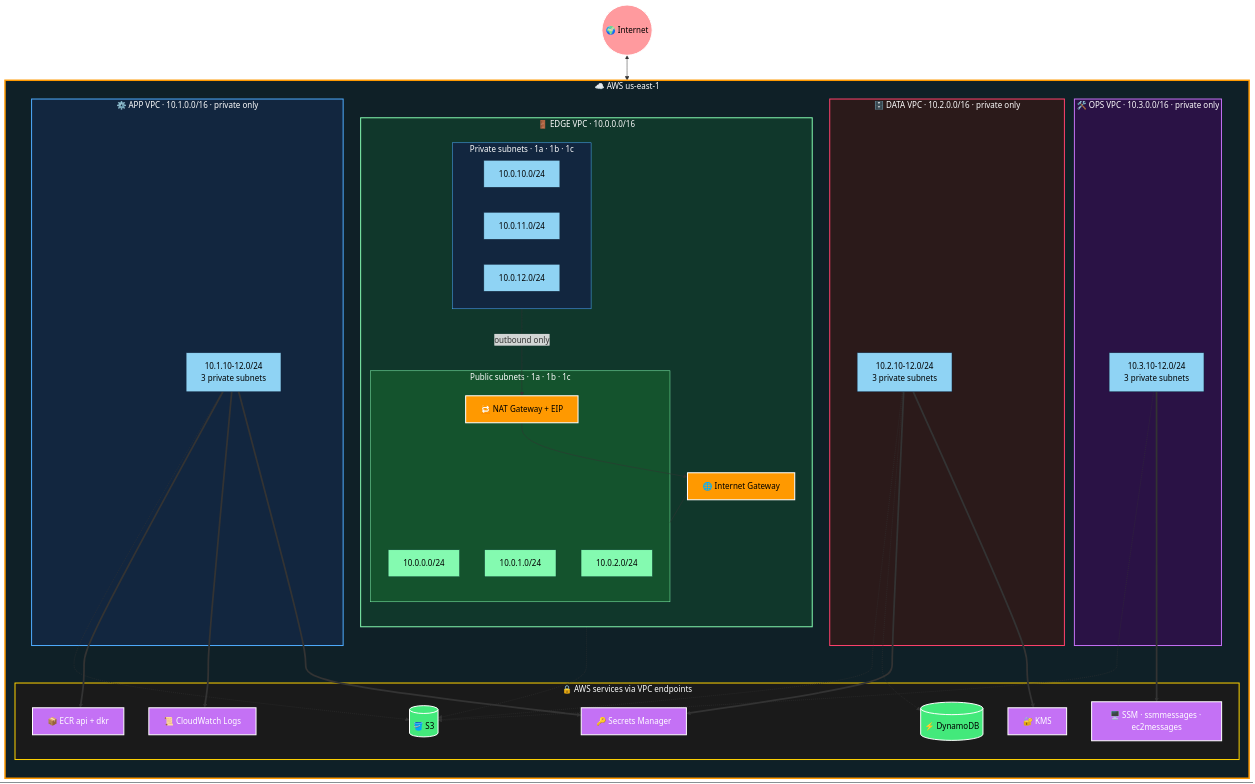
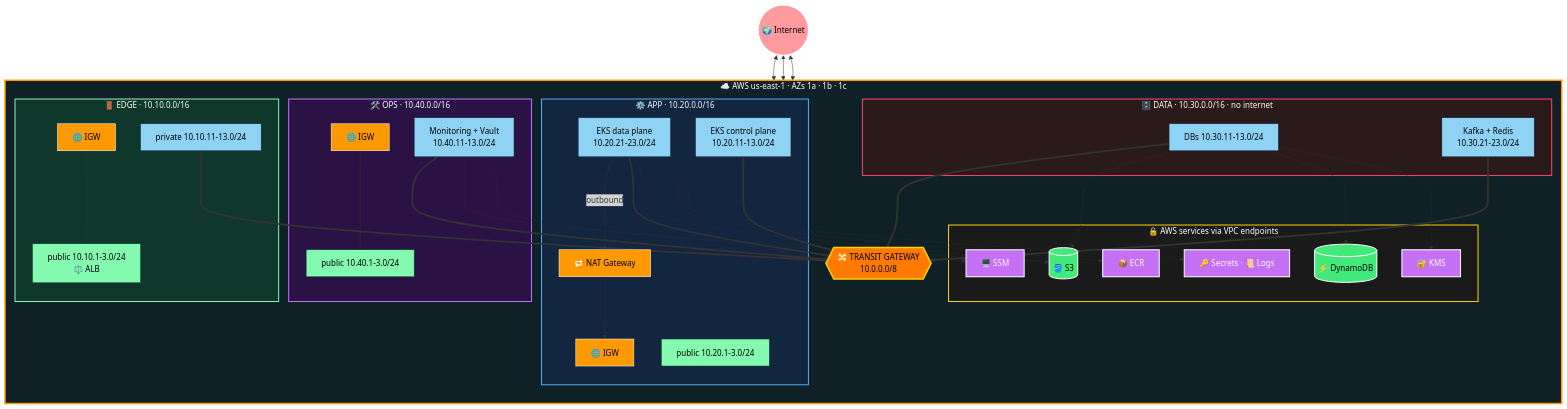
Before and after one commit to muntaha747/FinTech-Enterprise-Project: diagram 20 of 29 in README.md, drawn with Mermaid. The commit also changed other lines of this file and 3 other files, not shown here.

First line of the commit message:
README: animated traffic-flow, topology and state diagrams [skip ci]

````diff
--- a/README.md
+++ b/README.md
@@ -671,71 +770,75 @@
 ```mermaid
 flowchart TB
     INET((🌍 Internet)):::net
 
-    subgraph REGION["☁️ AWS us-east-1"]
+    subgraph REGION["☁️ AWS us-east-1 · AZs 1a · 1b · 1c"]
         direction TB
 
-        subgraph EDGE["🚪 EDGE VPC · 10.0.0.0/16"]
-            direction TB
-            IGW[🌐 Internet Gateway]:::gw
-            subgraph EPUB["Public subnets · 1a · 1b · 1c"]
-                EP1[10.0.0.0/24]:::pub
-                EP2[10.0.1.0/24]:::pub
-                EP3[10.0.2.0/24]:::pub
-                NAT[🔁 NAT Gateway + EIP]:::gw
-            end
-            subgraph EPRIV["Private subnets · 1a · 1b · 1c"]
-                EV1[10.0.10.0/24]:::priv
-                EV2[10.0.11.0/24]:::priv
-                EV3[10.0.12.0/24]:::priv
-            end
+        subgraph EDGE["🚪 EDGE · 10.10.0.0/16"]
+            EIGW[🌐 IGW]:::gw
+            EPUB[public 10.10.1-3.0/24<br/>⚖️ ALB]:::pub
+            EPRIV[private 10.10.11-13.0/24]:::priv
         end
 
-        subgraph APP["⚙️ APP VPC · 10.1.0.0/16 · private only"]
-            AV[10.1.10-12.0/24<br/>3 private subnets]:::priv
+        subgraph APP["⚙️ APP · 10.20.0.0/16"]
+            AIGW[🌐 IGW]:::gw
+            ANAT[🔁 NAT Gateway]:::gw
+            APUB[public 10.20.1-3.0/24]:::pub
+            ACP[EKS control plane<br/>10.20.11-13.0/24]:::priv
+            ADP[EKS data plane<br/>10.20.21-23.0/24]:::priv
         end
-        subgraph DATA["🗄️ DATA VPC · 10.2.0.0/16 · private only"]
-            DV[10.2.10-12.0/24<br/>3 private subnets]:::priv
+
+        subgraph DATA["🗄️ DATA · 10.30.0.0/16 · no internet"]
+            DDB[DBs 10.30.11-13.0/24]:::priv
+            DKF[Kafka + Redis<br/>10.30.21-23.0/24]:::priv
         end
-        subgraph OPS["🛠️ OPS VPC · 10.3.0.0/16 · private only"]
-            OV[10.3.10-12.0/24<br/>3 private subnets]:::priv
+
+        subgraph OPS["🛠️ OPS · 10.40.0.0/16"]
+            OIGW[🌐 IGW]:::gw
+            OPUB[public 10.40.1-3.0/24]:::pub
+            OPRIV[Monitoring + Vault<br/>10.40.11-13.0/24]:::priv
         end
+
+        TGW{{"🔀 TRANSIT GATEWAY<br/>10.0.0.0/8"}}:::tgw
 
         subgraph AWS["🔒 AWS services via VPC endpoints"]
             S3[(🪣 S3)]:::gwep
-            DDB[(⚡ DynamoDB)]:::gwep
-            ECR[📦 ECR api + dkr]:::ifep
-            LOGS[📜 CloudWatch Logs]:::ifep
-            SEC[🔑 Secrets Manager]:::ifep
+            DYN[(⚡ DynamoDB)]:::gwep
+            ECR[📦 ECR]:::ifep
+            SEC[🔑 Secrets · 📜 Logs]:::ifep
             KMS[🔐 KMS]:::ifep
-            SSM[🖥️ SSM · ssmmessages · ec2messages]:::ifep
+            SSM[🖥️ SSM]:::ifep
         end
     end
 
-    INET <--> IGW
-    IGW --- EPUB
-    EPRIV -->|outbound only| NAT --> IGW
-    EPRIV -.-> S3
-    AV -.-> S3
-    AV ==> ECR & LOGS & SEC
-    DV -.-> S3 & DDB
-    DV ==> SEC & KMS
-    OV -.-> S3
-    OV ==> SSM
+    INET <--> EIGW --- EPUB
+    INET <--> AIGW
+    INET <--> OIGW --- OPUB
+    ADP -->|outbound| ANAT --> AIGW
+
+    EPRIV <==> TGW
+    ACP <==> TGW
+    ADP <==> TGW
+    DDB <==> TGW
+    DKF <==> TGW
+    OPRIV <==> TGW
+
+    ADP -.-> S3 & ECR & SEC
+    DDB -.-> S3 & DYN & KMS
+    OPRIV -.-> S3 & SSM
 
     classDef net fill:#ff9a9e,stroke:#fff,color:#000,stroke-width:2px
-    classDef gw fill:#ff9900,stroke:#fff,color:#000,stroke-width:2px
+    classDef gw fill:#ff9900,stroke:#fff,color:#000
     classDef pub fill:#84fab0,stroke:#0b3d2e,color:#000
     classDef priv fill:#8fd3f4,stroke:#12263f,color:#000
+    classDef tgw fill:#ff7a00,stroke:#ffd200,color:#000,stroke-width:3px
     classDef gwep fill:#43e97b,stroke:#fff,color:#000,stroke-width:2px
     classDef ifep fill:#c471f5,stroke:#fff,color:#fff,stroke-width:2px
 
     style REGION fill:#0f2027,stroke:#ff9900,color:#fff,stroke-width:3px
     style EDGE fill:#10372b,stroke:#84fab0,color:#fff,stroke-width:2px
-    style EPUB fill:#14532d,stroke:#84fab0,color:#fff
-    style EPRIV fill:#12263f,stroke:#4facfe,color:#fff
     style APP fill:#12263f,stroke:#4facfe,color:#fff,stroke-width:2px
     style DATA fill:#2b1a1a,stroke:#ff416c,color:#fff,stroke-width:2px
     style OPS fill:#2a1245,stroke:#c471f5,color:#fff,stroke-width:2px
     style AWS fill:#1a1a1a,stroke:#ffd200,color:#fff,stroke-width:2px
 ```
````
